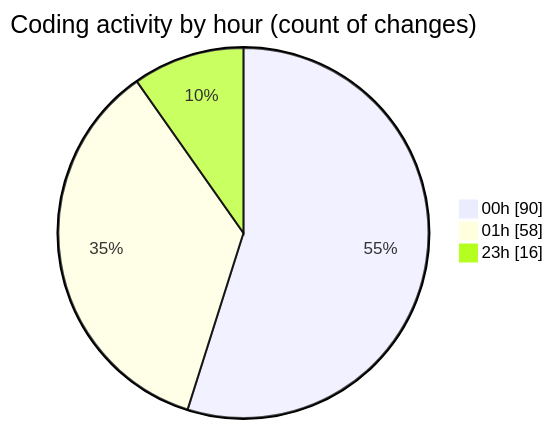
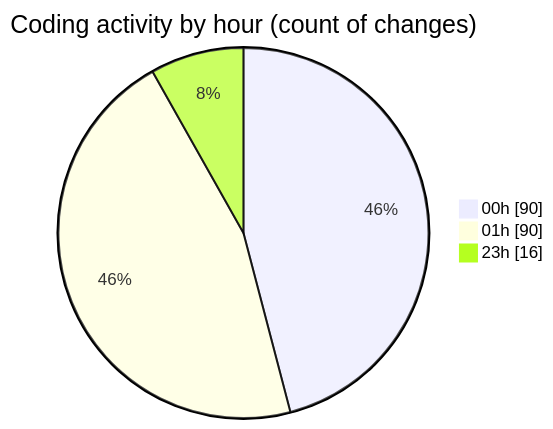
Before and after one commit to Ritupan-Deka/code-tracking: the second of 2 diagrams in 2025-05-26/projects/README.md, drawn with Mermaid. The commit also changed other lines of this file and 1 other file, not shown here.

````diff
--- a/2025-05-26/projects/README.md
+++ b/2025-05-26/projects/README.md
@@ -33,7 +33,7 @@
 ```mermaid
 pie showData
 title Coding activity by hour (count of changes)
 "00h" : 90
-"01h" : 58
+"01h" : 90
 "23h" : 16
 ```
````
